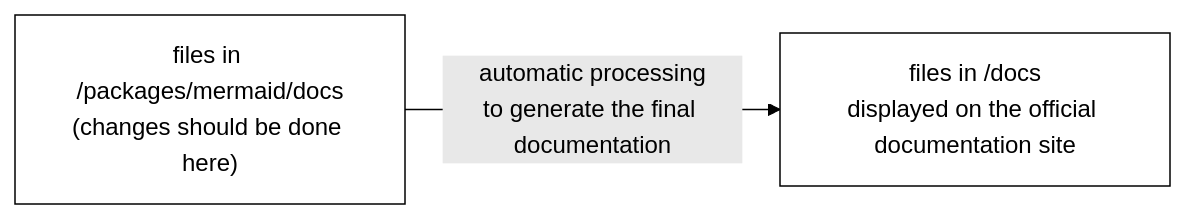
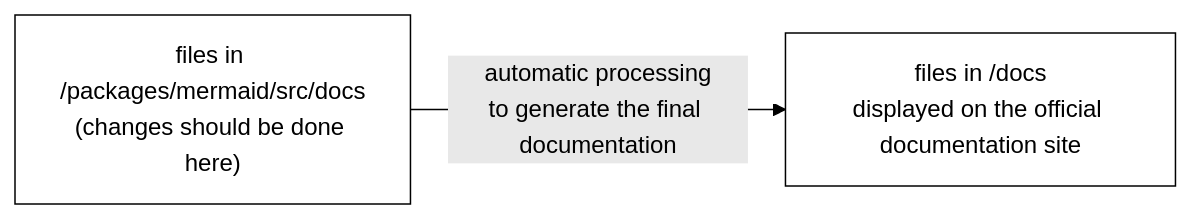
Before and after one commit to mermaid-js/mermaid: the diagram in CONTRIBUTING.md, drawn with Mermaid (forest theme). The commit also changed other lines of this file and 163 other files, not shown here.

````diff
--- a/CONTRIBUTING.md
+++ b/CONTRIBUTING.md
@@ -58,7 +58,7 @@
 ```mermaid
 flowchart LR
   classDef default fill:#fff,color:black,stroke:black
 
-  source["files in /packages/mermaid/docs\n(changes should be done here)"] -- automatic processing\nto generate the final documentation--> published["files in /docs\ndisplayed on the official documentation site"]
+  source["files in /packages/mermaid/src/docs\n(changes should be done here)"] -- automatic processing\nto generate the final documentation--> published["files in /docs\ndisplayed on the official documentation site"]
 
 ```
````
